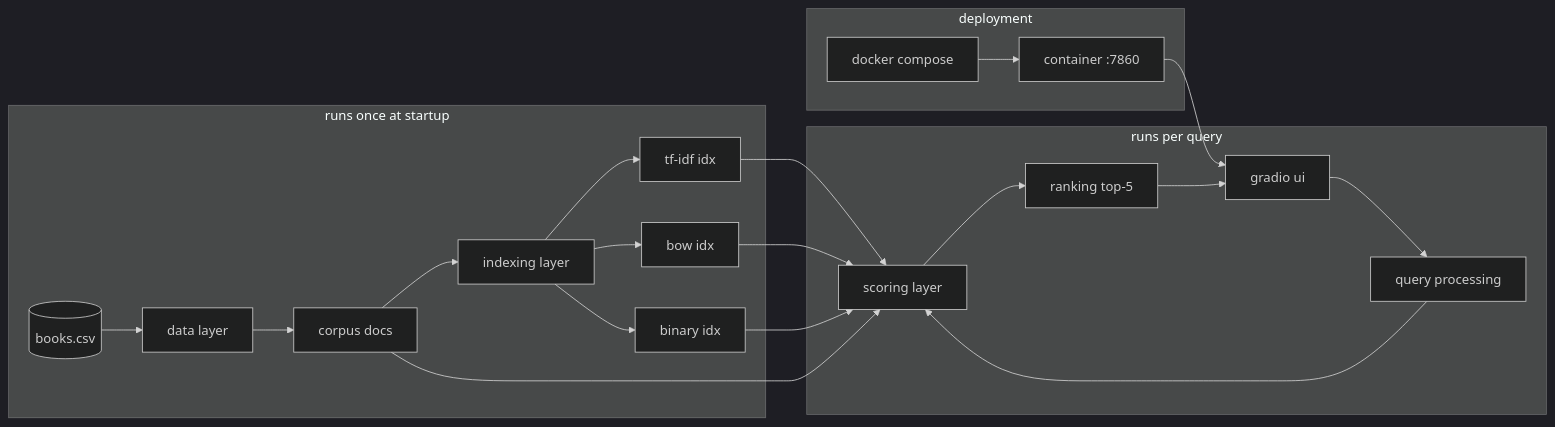
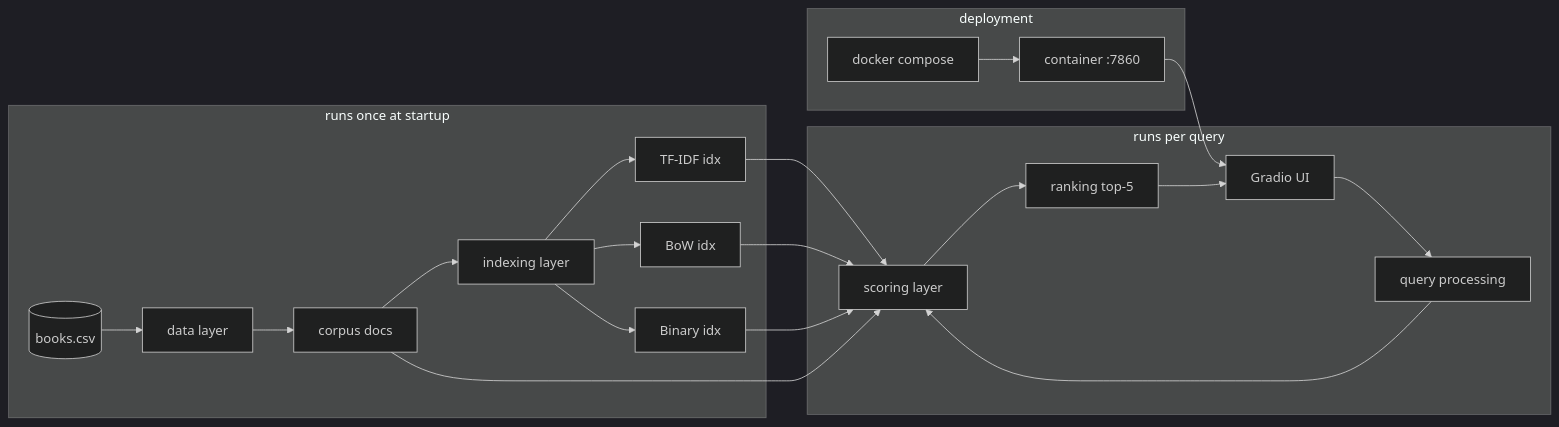
The second of 3 diagrams in README.md (hammad8622/goodreads-search-engine), drawn with Mermaid (dark theme) before and after one commit. The commit also changed other lines of this file and 4 other files, not shown here.

````diff
--- a/README.md
+++ b/README.md
@@ -113,25 +118,25 @@
 ```mermaid
 flowchart LR
     subgraph OFFLINE [runs once at startup]
         A1[(books.csv)] --> A2[data layer]
         A2 --> A3[corpus docs]
         A3 --> A4[indexing layer]
-        A4 --> Ia[tf-idf idx]
-        A4 --> Ib[bow idx]
-        A4 --> Ic[binary idx]
+        A4 --> Ia[TF-IDF idx]
+        A4 --> Ib[BoW idx]
+        A4 --> Ic[Binary idx]
     end
 
     subgraph ONLINE [runs per query]
-        B1[gradio ui] --> B2[query processing]
+        B1[Gradio UI] --> B2[query processing]
         B2 --> B3[scoring layer]
         B3 --> B4[ranking top-5]
         B4 --> B1
     end
 
     Ia & Ib & Ic & A3 --> B3
 
     subgraph INFRA [deployment]
         D[docker compose] --> Dc[container :7860]
         Dc --> B1
     end
 ```
````
